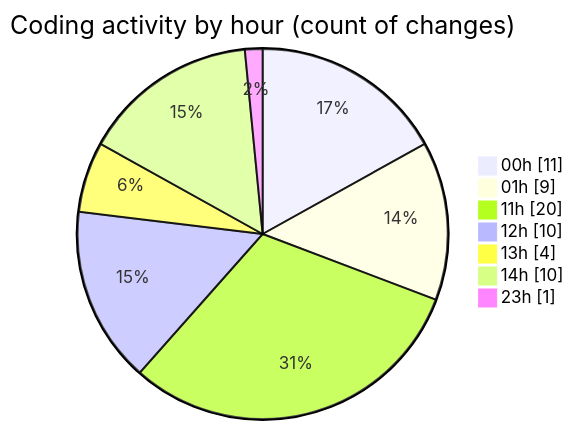
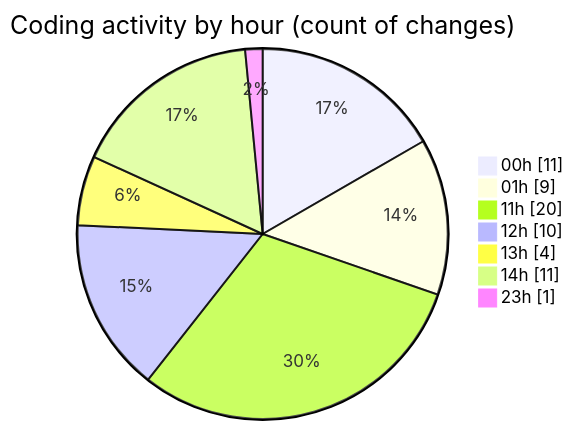
The second of 2 diagrams in 2025-07-18/nhahang/README.md (lephambinh05/code-tracking), drawn with Mermaid before and after one commit. The commit also changed other lines of this file and 1 other file, not shown here.

````diff
--- a/2025-07-18/nhahang/README.md
+++ b/2025-07-18/nhahang/README.md
@@ -50,11 +51,11 @@
 ```mermaid
 pie showData
 title Coding activity by hour (count of changes)
 "00h" : 11
 "01h" : 9
 "11h" : 20
 "12h" : 10
 "13h" : 4
-"14h" : 10
+"14h" : 11
 "23h" : 1
 ```
````
